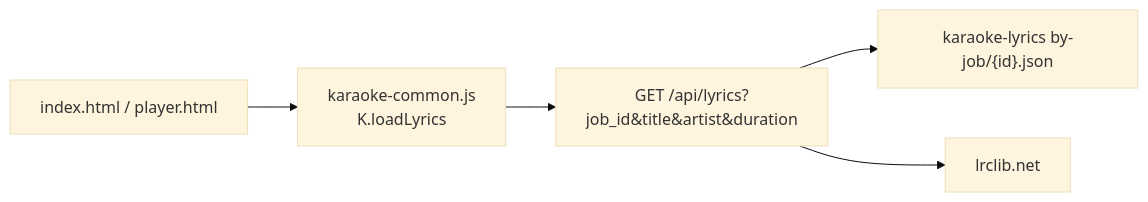
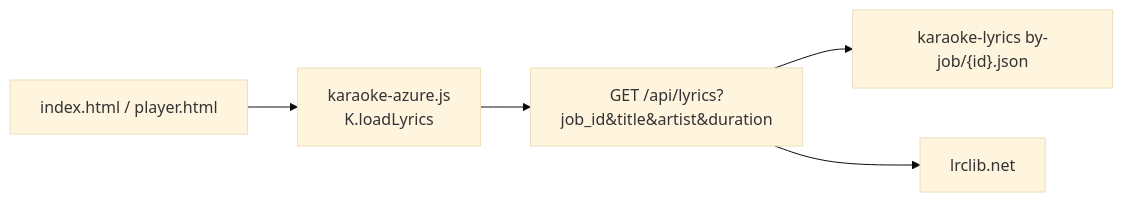
Before and after one commit to krishnaposa/krishnaposa-mlo-site: the eighth of 9 diagrams in karaoke/ARCHITECTURE.md, drawn with Mermaid (base theme). The commit also changed other lines of this file and 1 other file, not shown here.

Commit message:
no azure

````diff
--- a/karaoke/ARCHITECTURE.md
+++ b/karaoke/ARCHITECTURE.md
@@ -316,13 +320,13 @@
 ```mermaid
 flowchart LR
   UI["index.html / player.html"]
-  JS["karaoke-common.js<br/>K.loadLyrics"]
+  JS["karaoke-azure.js<br/>K.loadLyrics"]
   API["GET /api/lyrics?job_id&title&artist&duration"]
   BLOB["karaoke-lyrics by-job/{id}.json"]
   EXT["lrclib.net"]
 
   UI --> JS
   JS --> API
   API --> BLOB
   API --> EXT
 ```
````
